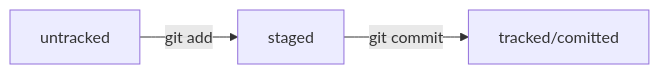
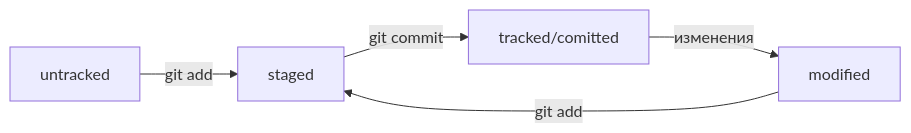
One commit to quintusbinch/git-helper changed the diagram in README.md. Above: the diagram before and after it, drawn with Mermaid.

Commit message:
Обновить схему жизненного цикла файла

````diff
--- a/README.md
+++ b/README.md
@@ -52,5 +52,7 @@
 ```mermaid
 graph LR;
   untracked -- "git add" --> staged;
   staged    -- "git commit"     --> tracked/comitted;
+  tracked/comitted -- "изменения" --> modified;
+  modified -- "git add" --> staged;
 ``` 
````
